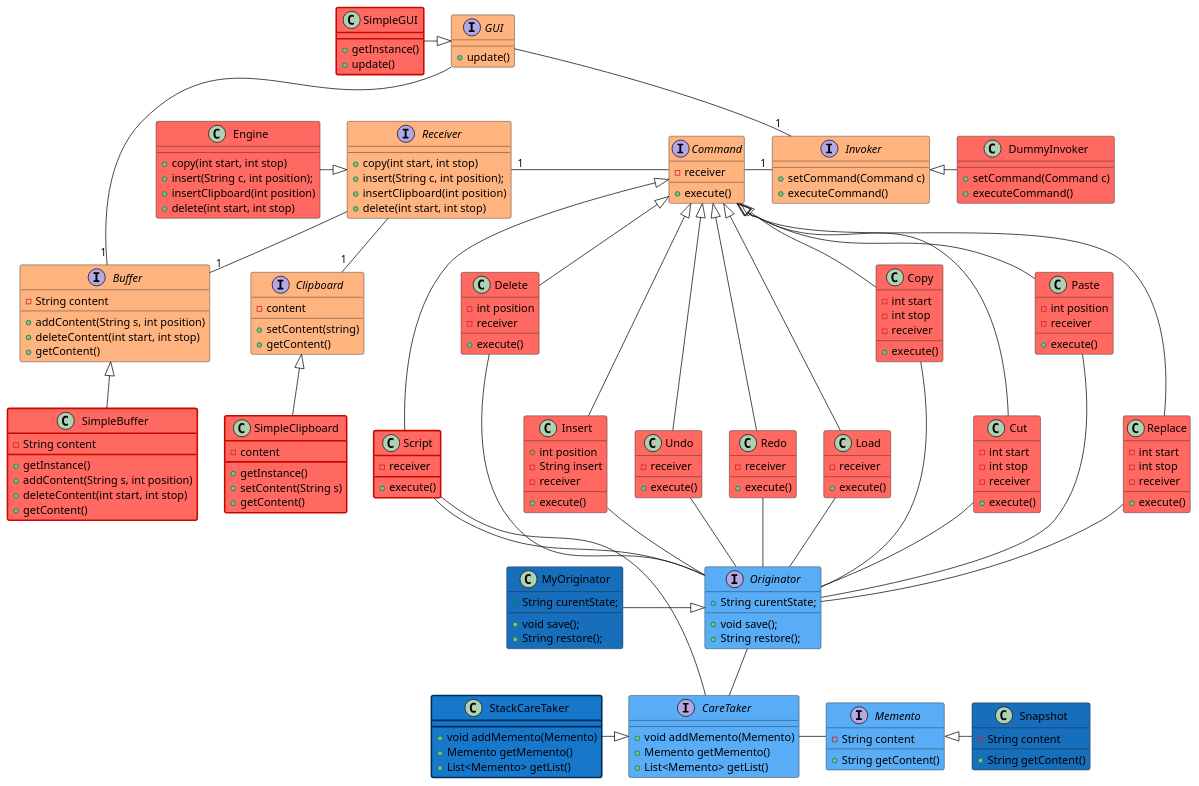
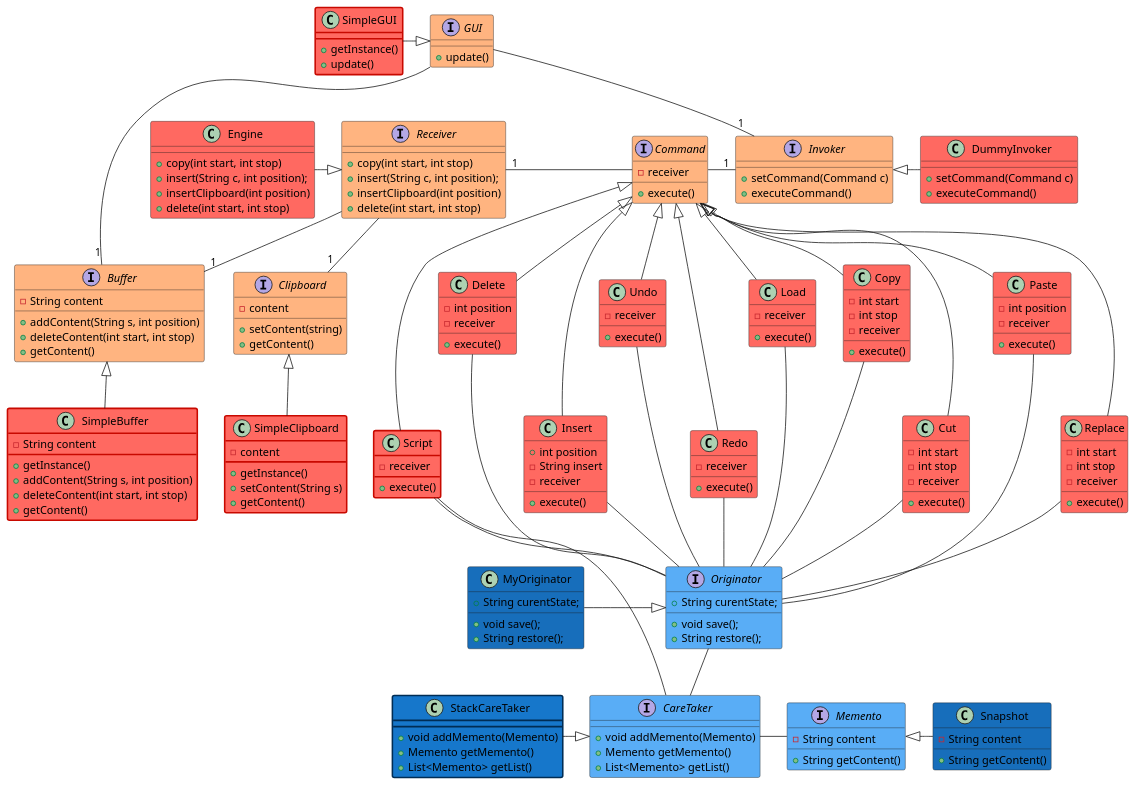
The diagram in V2/Conception/ClassDiagram.puml (Camille-Molinier/text-editor), drawn with PlantUML before and after one commit. The commit also changed 31 other files, not shown here.

```diff
--- a/V2/Conception/ClassDiagram.puml
+++ b/V2/Conception/ClassDiagram.puml
@@ -200,10 +200,10 @@
 Delete -up-|> Command
 Cut --up-|> Command
 Insert -up--|> Command
-Undo -up--|> Command
+Undo -up-|> Command
 Redo -up--|> Command
 Script -up-|> Command
-Load -up--|> Command
+Load -up-|> Command
 
 SimpleBuffer -up-|> Buffer
 SimpleClipboard -up-|> Clipboard
```
